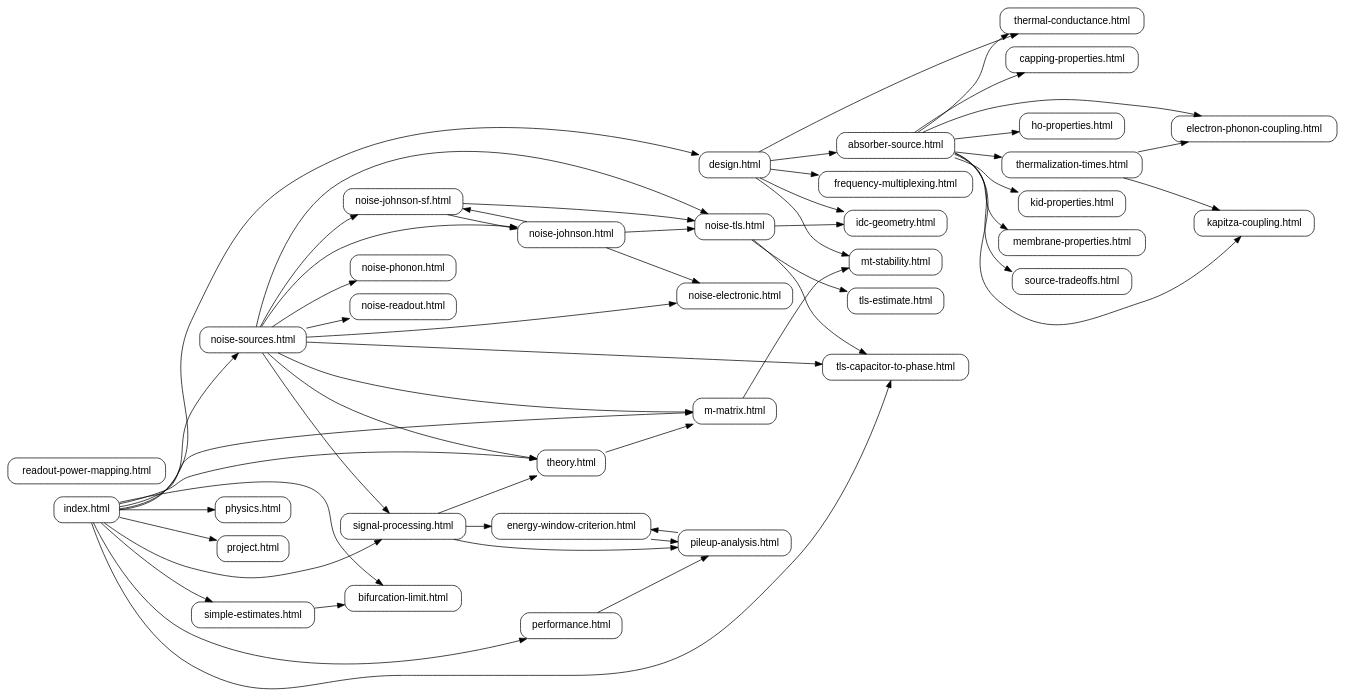
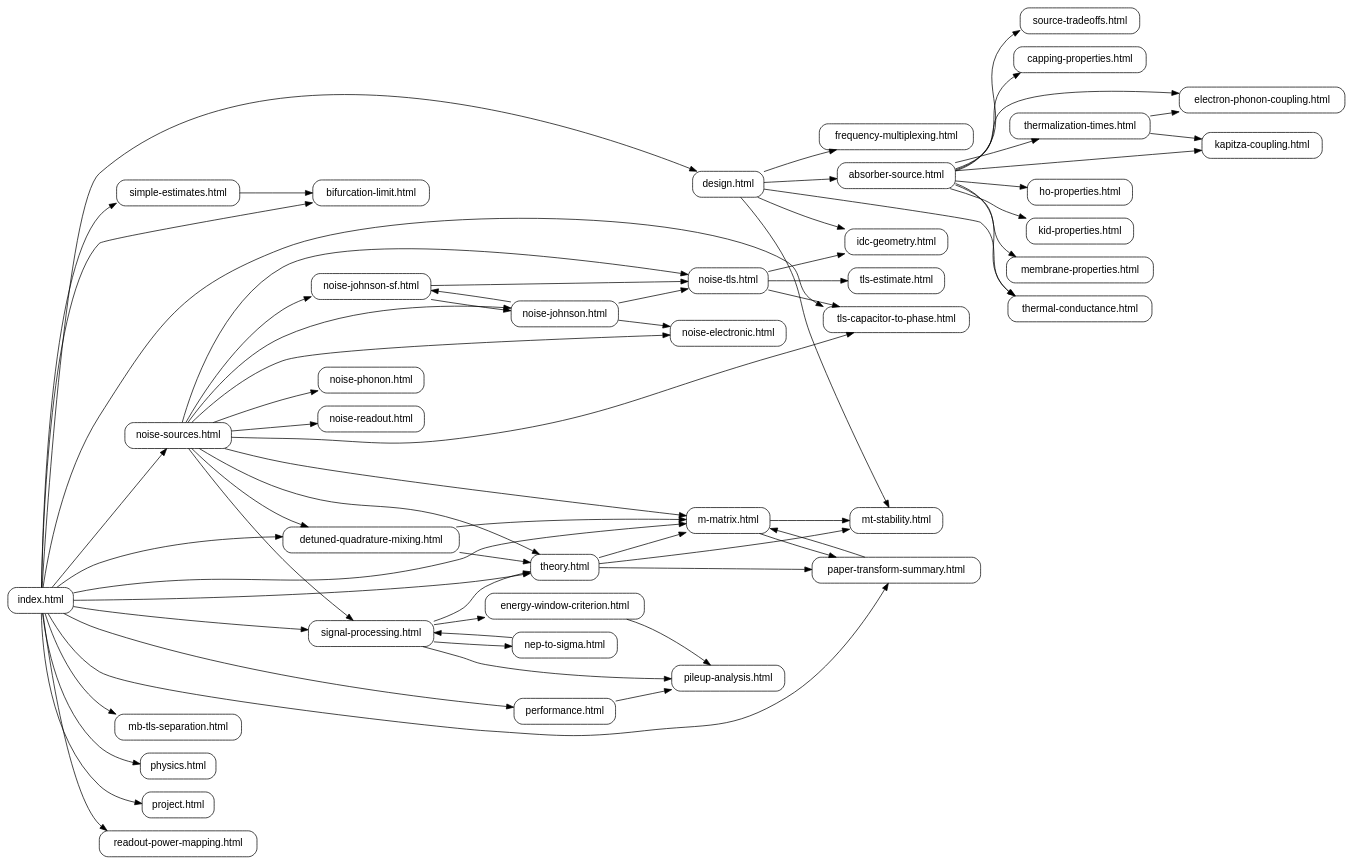
One commit to malindeman1999/neutrino-simple-abs changed the diagram in wiki/wiki-links.dot. Above: the diagram before and after it, drawn with Graphviz. The commit also changed 13 other files, not shown here.

```diff
--- a/wiki/wiki-links.dot
+++ b/wiki/wiki-links.dot
@@ -1,95 +1,111 @@
 digraph wiki {
   rankdir=LR;
   graph [fontname="Helvetica"];
   node [shape=box, style=rounded, fontname="Helvetica"];
   edge [fontname="Helvetica"];
   "absorber-source.html";
   "bifurcation-limit.html";
   "capping-properties.html";
   "design.html";
+  "detuned-quadrature-mixing.html";
   "electron-phonon-coupling.html";
   "energy-window-criterion.html";
   "frequency-multiplexing.html";
   "ho-properties.html";
   "idc-geometry.html";
   "index.html";
   "kapitza-coupling.html";
   "kid-properties.html";
   "m-matrix.html";
+  "mb-tls-separation.html";
   "membrane-properties.html";
   "mt-stability.html";
+  "nep-to-sigma.html";
   "noise-electronic.html";
   "noise-johnson-sf.html";
   "noise-johnson.html";
   "noise-phonon.html";
   "noise-readout.html";
   "noise-sources.html";
   "noise-tls.html";
+  "paper-transform-summary.html";
   "performance.html";
   "physics.html";
   "pileup-analysis.html";
   "project.html";
   "readout-power-mapping.html";
   "signal-processing.html";
   "simple-estimates.html";
   "source-tradeoffs.html";
   "theory.html";
   "thermal-conductance.html";
   "thermalization-times.html";
   "tls-capacitor-to-phase.html";
   "tls-estimate.html";
   "absorber-source.html" -> "capping-properties.html";
   "absorber-source.html" -> "electron-phonon-coupling.html";
   "absorber-source.html" -> "ho-properties.html";
   "absorber-source.html" -> "kapitza-coupling.html";
   "absorber-source.html" -> "kid-properties.html";
   "absorber-source.html" -> "membrane-properties.html";
   "absorber-source.html" -> "source-tradeoffs.html";
   "absorber-source.html" -> "thermal-conductance.html";
   "absorber-source.html" -> "thermalization-times.html";
   "design.html" -> "absorber-source.html";
   "design.html" -> "frequency-multiplexing.html";
   "design.html" -> "idc-geometry.html";
   "design.html" -> "mt-stability.html";
   "design.html" -> "thermal-conductance.html";
+  "detuned-quadrature-mixing.html" -> "m-matrix.html";
+  "detuned-quadrature-mixing.html" -> "theory.html";
   "energy-window-criterion.html" -> "pileup-analysis.html";
   "index.html" -> "bifurcation-limit.html";
   "index.html" -> "design.html";
+  "index.html" -> "detuned-quadrature-mixing.html";
   "index.html" -> "m-matrix.html";
+  "index.html" -> "mb-tls-separation.html";
   "index.html" -> "noise-sources.html";
+  "index.html" -> "paper-transform-summary.html";
   "index.html" -> "performance.html";
   "index.html" -> "physics.html";
   "index.html" -> "project.html";
+  "index.html" -> "readout-power-mapping.html";
   "index.html" -> "signal-processing.html";
   "index.html" -> "simple-estimates.html";
   "index.html" -> "theory.html";
   "index.html" -> "tls-capacitor-to-phase.html";
   "m-matrix.html" -> "mt-stability.html";
+  "m-matrix.html" -> "paper-transform-summary.html";
+  "nep-to-sigma.html" -> "signal-processing.html";
   "noise-johnson-sf.html" -> "noise-johnson.html";
   "noise-johnson-sf.html" -> "noise-tls.html";
   "noise-johnson.html" -> "noise-electronic.html";
   "noise-johnson.html" -> "noise-johnson-sf.html";
   "noise-johnson.html" -> "noise-tls.html";
+  "noise-sources.html" -> "detuned-quadrature-mixing.html";
   "noise-sources.html" -> "m-matrix.html";
   "noise-sources.html" -> "noise-electronic.html";
   "noise-sources.html" -> "noise-johnson-sf.html";
   "noise-sources.html" -> "noise-johnson.html";
   "noise-sources.html" -> "noise-phonon.html";
   "noise-sources.html" -> "noise-readout.html";
   "noise-sources.html" -> "noise-tls.html";
   "noise-sources.html" -> "signal-processing.html";
   "noise-sources.html" -> "theory.html";
   "noise-sources.html" -> "tls-capacitor-to-phase.html";
   "noise-tls.html" -> "idc-geometry.html";
   "noise-tls.html" -> "tls-capacitor-to-phase.html";
   "noise-tls.html" -> "tls-estimate.html";
+  "paper-transform-summary.html" -> "m-matrix.html";
   "performance.html" -> "pileup-analysis.html";
-  "pileup-analysis.html" -> "energy-window-criterion.html";
   "signal-processing.html" -> "energy-window-criterion.html";
+  "signal-processing.html" -> "nep-to-sigma.html";
   "signal-processing.html" -> "pileup-analysis.html";
   "signal-processing.html" -> "theory.html";
   "simple-estimates.html" -> "bifurcation-limit.html";
   "theory.html" -> "m-matrix.html";
+  "theory.html" -> "mt-stability.html";
+  "theory.html" -> "paper-transform-summary.html";
   "thermalization-times.html" -> "electron-phonon-coupling.html";
   "thermalization-times.html" -> "kapitza-coupling.html";
 }
```
